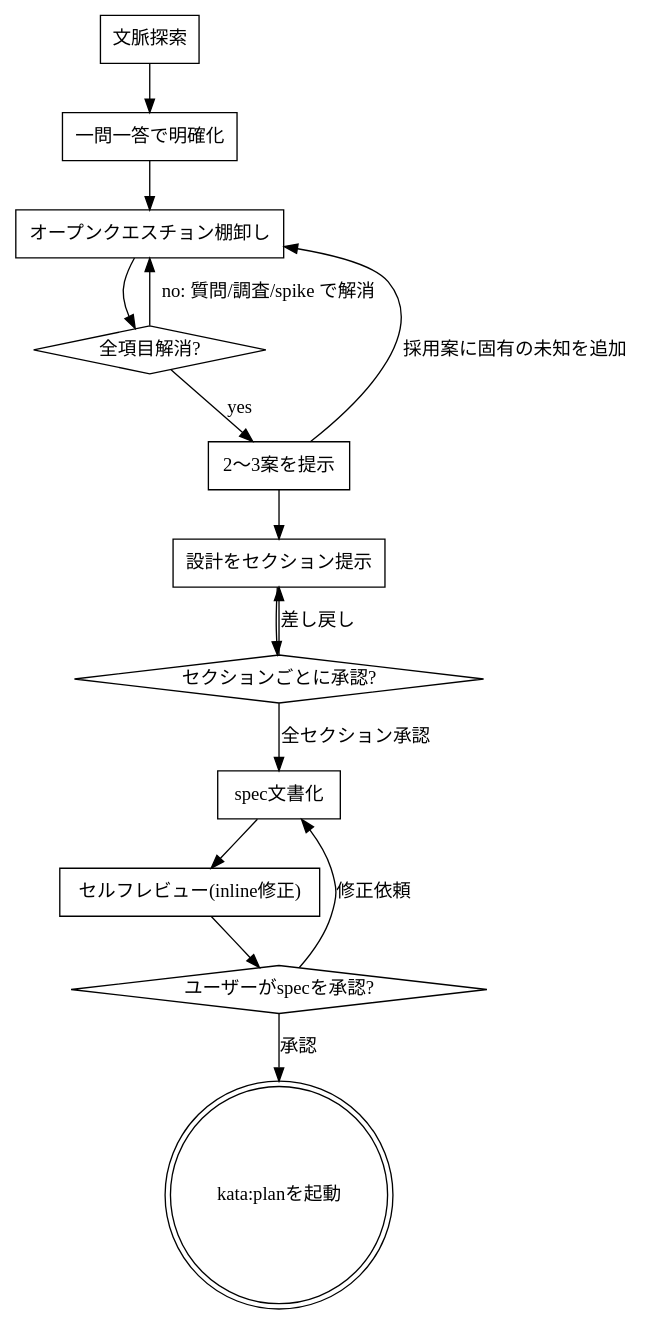
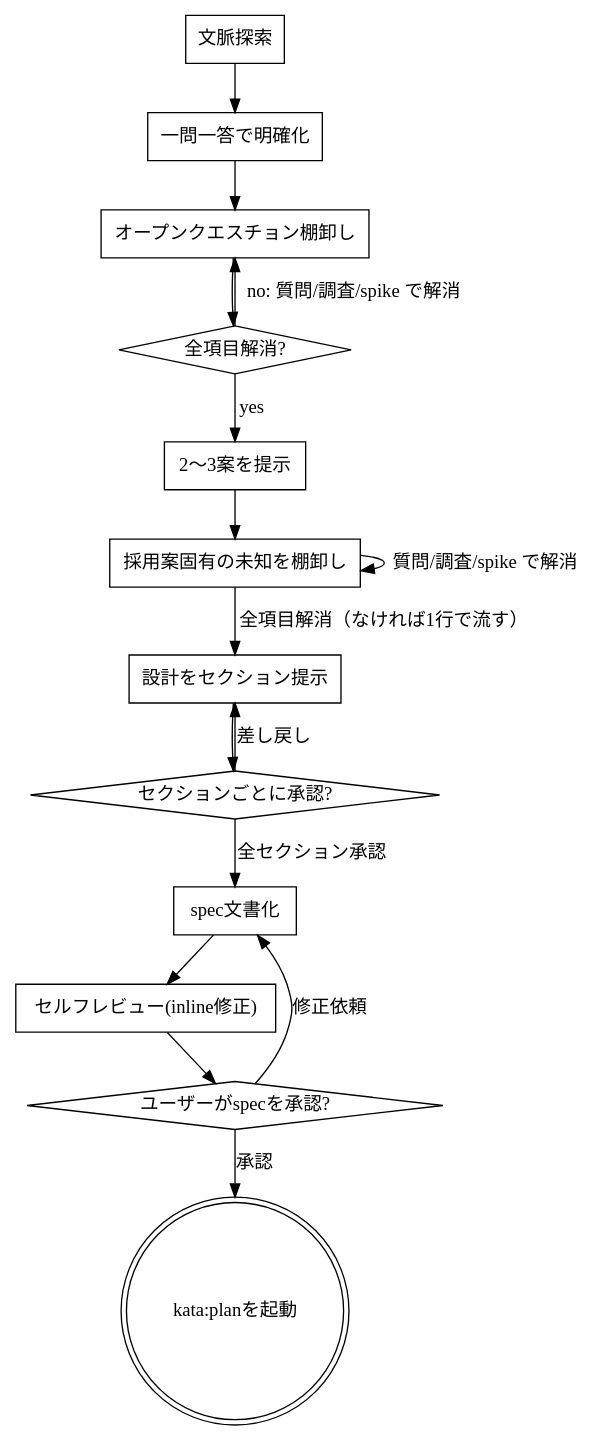
Before and after one commit to swallowarc/swallowarc-ai-plugins: the diagram in plugins/kata/skills/design/SKILL.md, drawn with Graphviz. The commit also changed other lines of this file and 2 other files, not shown here.

Commit message:
fix(kata): design の残件 Minor 2 件と using-kata/README の波及を修正する
design セルフレビューの沈黙の解消手段を質問・調査に広げ、フロー図の
再入エッジを専用ノードに分離して案の再提示ループに読める曖昧さを消した。
parallel の入口条件と execute の 3 モードを早見表と README に反映した.

````diff
--- a/plugins/kata/skills/design/SKILL.md
+++ b/plugins/kata/skills/design/SKILL.md
@@ -58,30 +58,32 @@
 ```dot
 digraph design_flow {
     "文脈探索" [shape=box];
     "一問一答で明確化" [shape=box];
     "オープンクエスチョン棚卸し" [shape=box];
     "全項目解消?" [shape=diamond];
     "2〜3案を提示" [shape=box];
+    "採用案固有の未知を棚卸し" [shape=box];
     "設計をセクション提示" [shape=box];
     "セクションごとに承認?" [shape=diamond];
     "spec文書化" [shape=box];
     "セルフレビュー(inline修正)" [shape=box];
     "ユーザーがspecを承認?" [shape=diamond];
     "kata:planを起動" [shape=doublecircle];
 
     "文脈探索" -> "一問一答で明確化";
     "一問一答で明確化" -> "オープンクエスチョン棚卸し";
     "オープンクエスチョン棚卸し" -> "全項目解消?";
     "全項目解消?" -> "オープンクエスチョン棚卸し" [label="no: 質問/調査/spike で解消"];
     "全項目解消?" -> "2〜3案を提示" [label="yes"];
-    "2〜3案を提示" -> "オープンクエスチョン棚卸し" [label="採用案に固有の未知を追加"];
-    "2〜3案を提示" -> "設計をセクション提示";
+    "2〜3案を提示" -> "採用案固有の未知を棚卸し";
+    "採用案固有の未知を棚卸し" -> "採用案固有の未知を棚卸し" [label="質問/調査/spike で解消"];
+    "採用案固有の未知を棚卸し" -> "設計をセクション提示" [label="全項目解消（なければ1行で流す）"];
     "設計をセクション提示" -> "セクションごとに承認?";
     "セクションごとに承認?" -> "設計をセクション提示" [label="差し戻し"];
     "セクションごとに承認?" -> "spec文書化" [label="全セクション承認"];
     "spec文書化" -> "セルフレビュー(inline修正)";
     "セルフレビュー(inline修正)" -> "ユーザーがspecを承認?";
     "ユーザーがspecを承認?" -> "spec文書化" [label="修正依頼"];
     "ユーザーがspecを承認?" -> "kata:planを起動" [label="承認"];
 }
 ```
````
